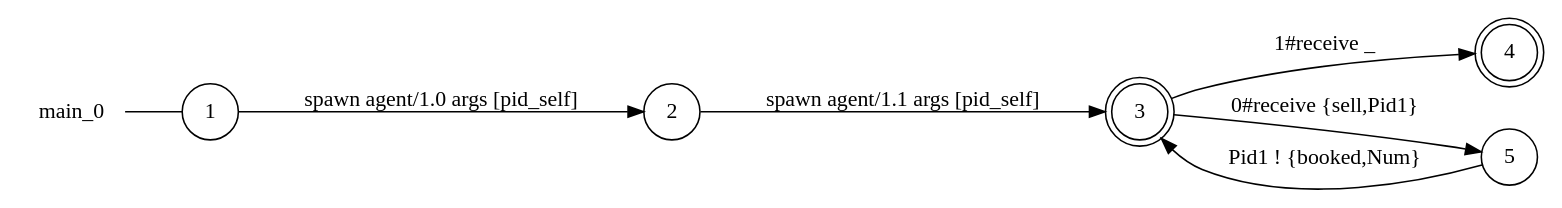
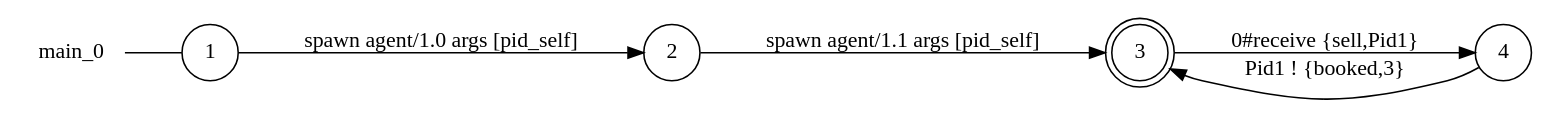
Before and after one commit to gabrielegenovese/chorer: the diagram in examples/airline/main_0_local_view.dot, drawn with Graphviz. The commit also changed 67 other files, not shown here.

```diff
--- a/examples/airline/main_0_local_view.dot
+++ b/examples/airline/main_0_local_view.dot
@@ -1,16 +1,14 @@
 digraph main_0 {
 	rankdir="LR";
 	n_0 [label="main_0", shape="plaintext"];
 	n_1 [id="1", shape=circle, label="1"];
 	n_0 -> n_1 [arrowhead=none];
-	n_2 [id="6", shape=doublecircle, label="4"];
-	n_3 [id="3", shape=circle, label="2"];
-	n_4 [id="2", shape=doublecircle, label="3"];
-	n_5 [id="5", shape=circle, label="5"];
+	n_2 [id="3", shape=doublecircle, label="3"];
+	n_3 [id="2", shape=circle, label="2"];
+	n_4 [id="5", shape=circle, label="4"];
 
-	n_5 -> n_4 [id="[$e|7]", label="Pid1 ! {booked,Num}"];
-	n_4 -> n_5 [id="[$e|5]", label="0#receive {sell,Pid1}"];
-	n_3 -> n_4 [id="[$e|6]", label="spawn agent/1.1 args [pid_self]"];
-	n_4 -> n_2 [id="[$e|0]", label="1#receive _"];
+	n_4 -> n_2 [id="[$e|0]", label="Pid1 ! {booked,3}"];
+	n_3 -> n_2 [id="[$e|5]", label="spawn agent/1.1 args [pid_self]"];
 	n_1 -> n_3 [id="[$e|2]", label="spawn agent/1.0 args [pid_self]"];
+	n_2 -> n_4 [id="[$e|4]", label="0#receive {sell,Pid1}"];
 }
```
